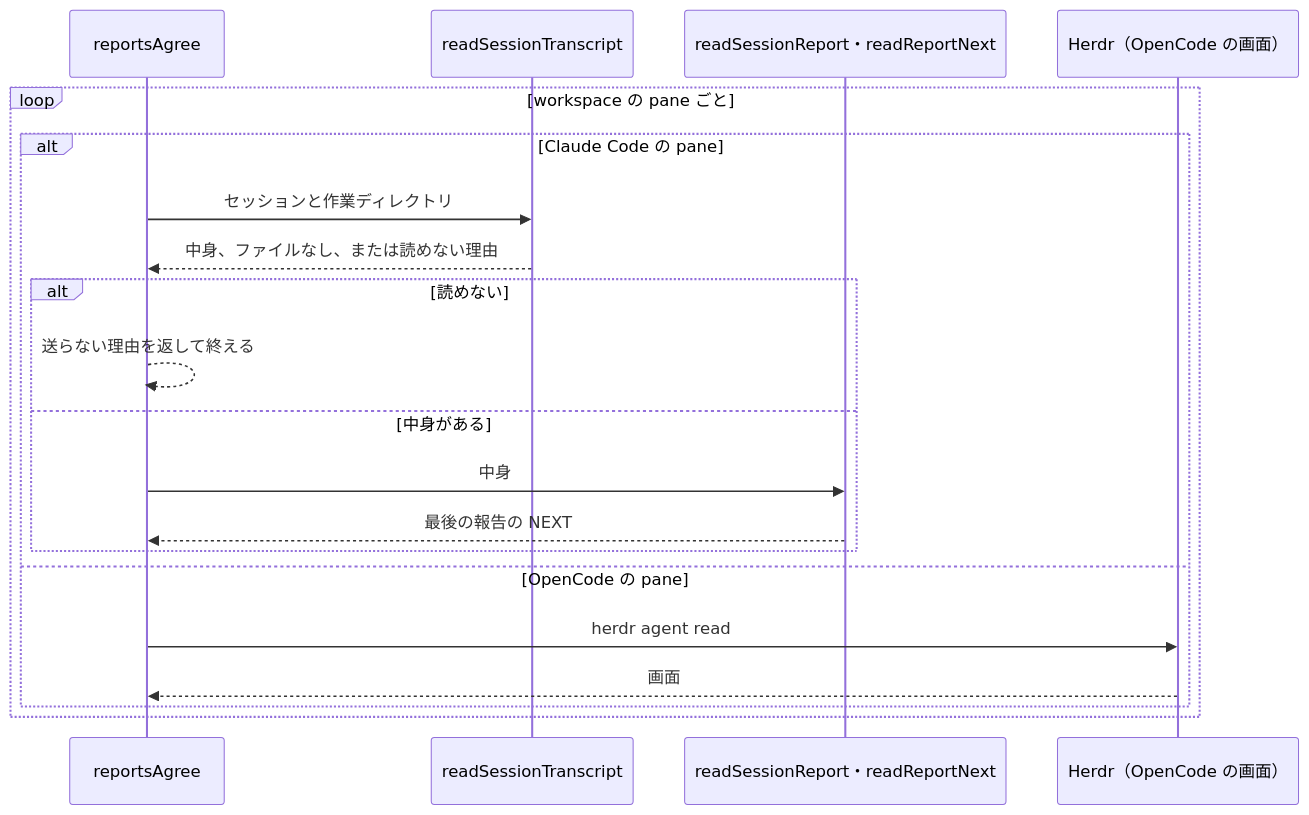
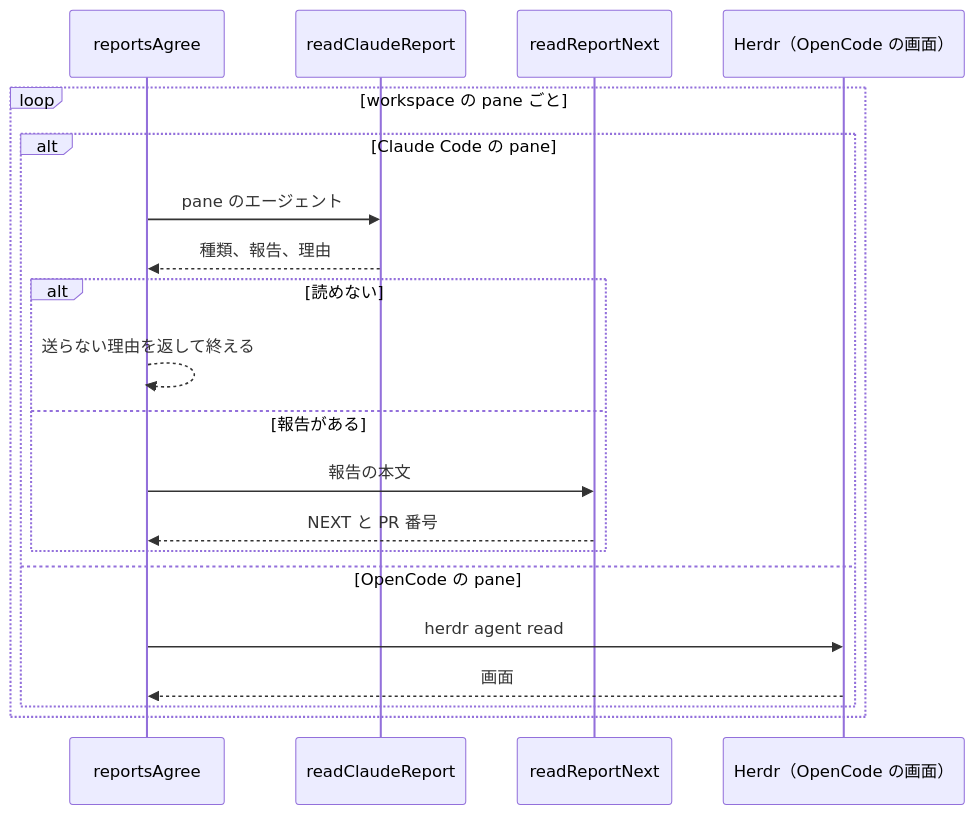
Before and after one commit to isseis/yt2column: the sixth of 8 diagrams in docs/tasks/0095_chief_transcript_report/02_architecture.md, drawn with Mermaid. The commit also changed other lines of this file and 2 other files, not shown here.

````diff
--- a/docs/tasks/0095_chief_transcript_report/02_architecture.md
+++ b/docs/tasks/0095_chief_transcript_report/02_architecture.md
@@ -541,23 +693,23 @@
 ```mermaid
 sequenceDiagram
     participant A as reportsAgree
-    participant T as readSessionTranscript
-    participant P as readSessionReport・readReportNext
+    participant E as readClaudeReport
+    participant N as readReportNext
     participant H as Herdr（OpenCode の画面）
 
     loop workspace の pane ごと
         alt Claude Code の pane
-            A->>T: セッションと作業ディレクトリ
-            T-->>A: 中身、ファイルなし、または読めない理由
+            A->>E: pane のエージェント
+            E-->>A: 種類、報告、理由
             alt 読めない
                 A-->>A: 送らない理由を返して終える
-            else 中身がある
-                A->>P: 中身
-                P-->>A: 最後の報告の NEXT
+            else 報告がある
+                A->>N: 報告の本文
+                N-->>A: NEXT と PR 番号
             end
         else OpenCode の pane
             A->>H: herdr agent read
             H-->>A: 画面
         end
     end
 ```
````
